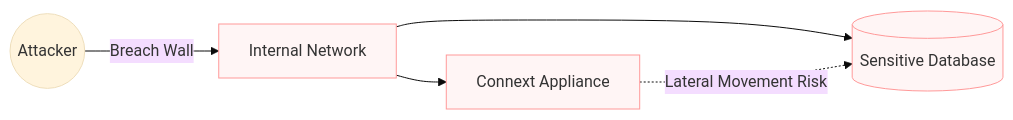
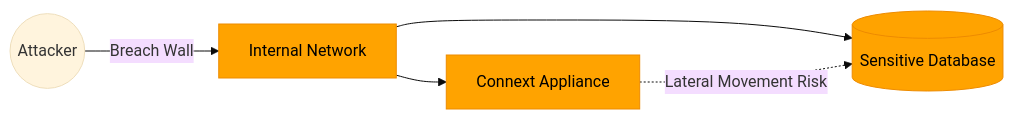
The first of 6 diagrams in examples/4. Security/README.md (ajmhs/connext_appliance), drawn with Mermaid (base theme) before and after one commit. The commit also changed other lines of this file and 8 other files, not shown here.

````diff
--- a/examples/4. Security/README.md
+++ b/examples/4. Security/README.md
@@ -5,11 +35,11 @@
 ```mermaid
 graph LR
     Attacker((Attacker)) -->|Breach Wall| Network["Internal Network"]
     Network --> Appliance["Connext Appliance"]
     Network --> DB[("Sensitive Database")]
     Appliance -.->|"Lateral Movement Risk"| DB
 
-    style Network fill:#fff5f5,stroke:#ff9999,stroke-width:1px
-    style Appliance fill:#fff5f5,stroke:#ff9999,stroke-width:1px
-    style DB fill:#fff5f5,stroke:#ff9999,stroke-width:1px
+    style Network fill:#FFA300,stroke:#ED8B00,stroke-width:1px,color:#000
+    style Appliance fill:#FFA300,stroke:#ED8B00,stroke-width:1px,color:#000
+    style DB fill:#FFA300,stroke:#ED8B00,stroke-width:1px,color:#000
 ```
````
